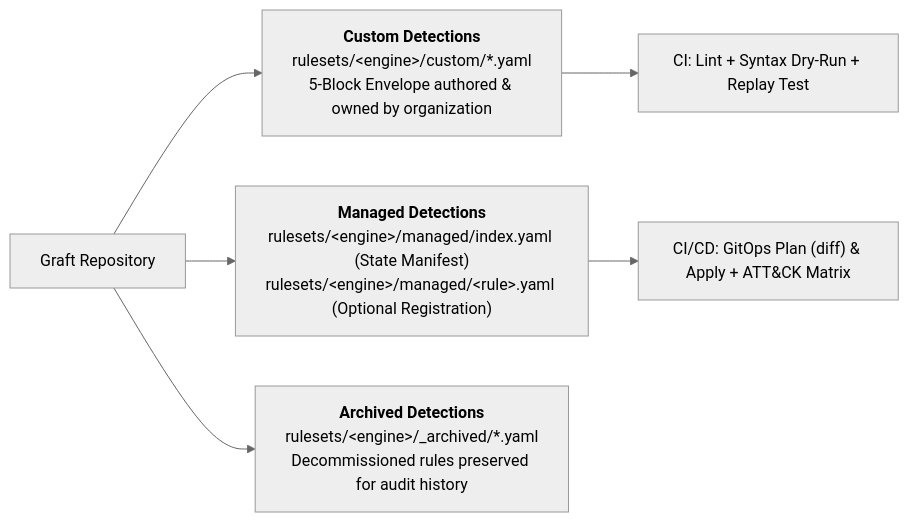
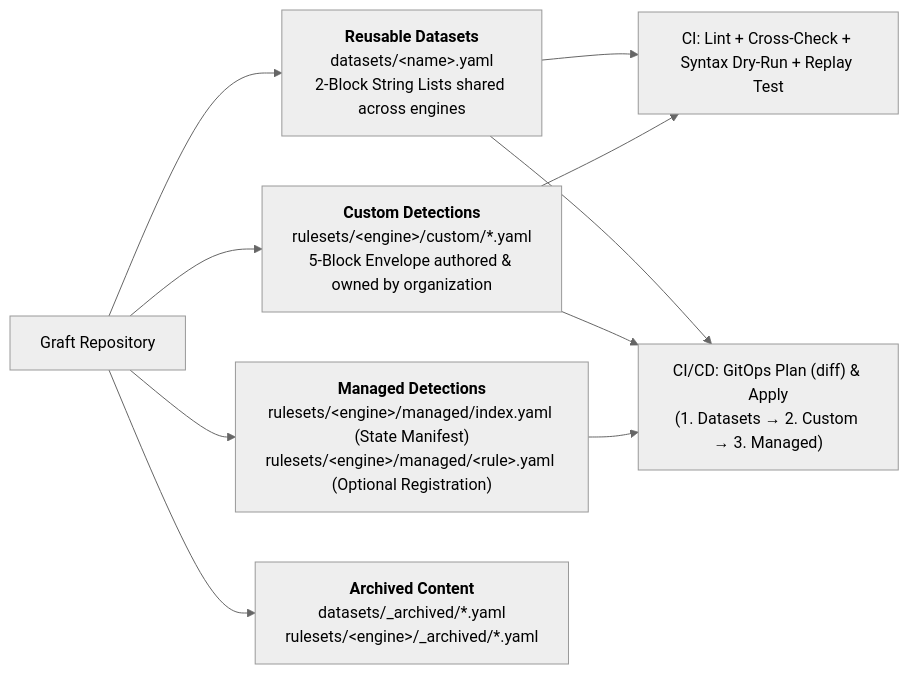
One commit to lopes/graft changed the second of 2 diagrams in docs/architecture.md. Above: the diagram before and after it, drawn with Mermaid (neutral theme). The commit also changed other lines of this file and 48 other files, not shown here.

````diff
--- a/docs/architecture.md
+++ b/docs/architecture.md
@@ -63,9 +64,13 @@
 ```mermaid
 flowchart LR
-    REPO["Graft Repository"] --> CUSTOM["<b>Custom Detections</b><br/>rulesets/&lt;engine&gt;/custom/*.yaml<br/>5-Block Envelope authored & owned by organization"]
+    REPO["Graft Repository"] --> DATASETS["<b>Reusable Datasets</b><br/>datasets/&lt;name&gt;.yaml<br/>2-Block String Lists shared across engines"]
+    REPO --> CUSTOM["<b>Custom Detections</b><br/>rulesets/&lt;engine&gt;/custom/*.yaml<br/>5-Block Envelope authored &amp; owned by organization"]
     REPO --> MANAGED["<b>Managed Detections</b><br/>rulesets/&lt;engine&gt;/managed/index.yaml (State Manifest)<br/>rulesets/&lt;engine&gt;/managed/&lt;rule&gt;.yaml (Optional Registration)"]
-    REPO --> ARCHIVED["<b>Archived Detections</b><br/>rulesets/&lt;engine&gt;/_archived/*.yaml<br/>Decommissioned rules preserved for audit history"]
+    REPO --> ARCHIVED["<b>Archived Content</b><br/>datasets/_archived/*.yaml<br/>rulesets/&lt;engine&gt;/_archived/*.yaml"]
 
-    CUSTOM --> VERIFY["CI: Lint + Syntax Dry-Run + Replay Test"]
-    MANAGED --> RECONCILE["CI/CD: GitOps Plan (diff) & Apply + ATT&CK Matrix"]
+    DATASETS --> VERIFY["CI: Lint + Cross-Check + Syntax Dry-Run + Replay Test"]
+    CUSTOM --> VERIFY
+    DATASETS --> RECONCILE["CI/CD: GitOps Plan (diff) &amp; Apply<br/>(1. Datasets → 2. Custom → 3. Managed)"]
+    CUSTOM --> RECONCILE
+    MANAGED --> RECONCILE
 ```
````
